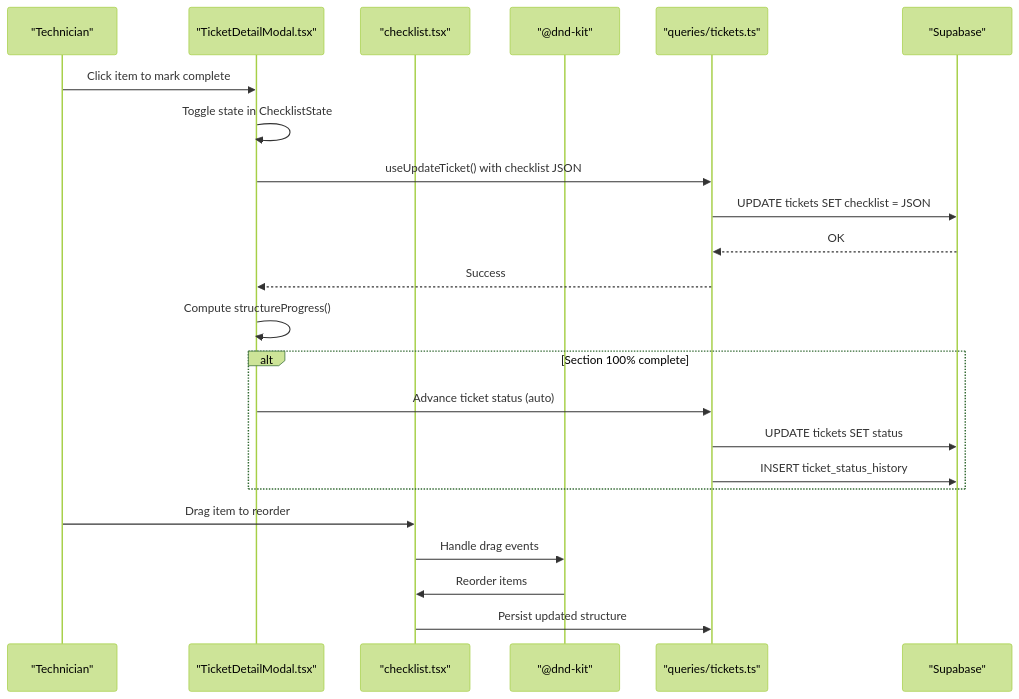
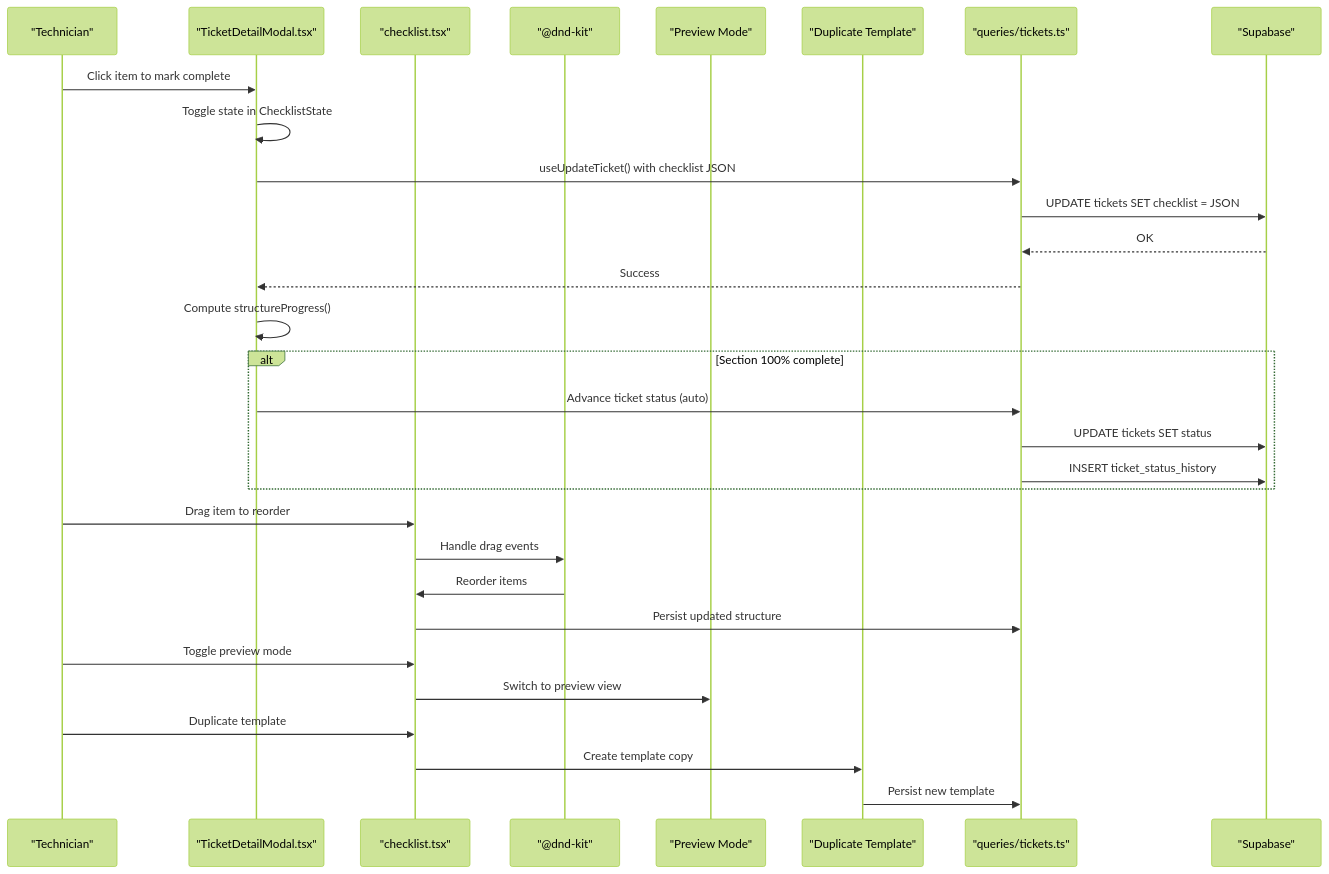
One commit to gastaldellomarco/pcReady changed the second of 10 diagrams in .qoder/repowiki/en/content/Ticket Management System/Checklist System.md. Above: the diagram before and after it, drawn with Mermaid (forest theme). The commit also changed other lines of this file and 12 other files, not shown here.

````diff
--- a/.qoder/repowiki/en/content/Ticket Management System/Checklist System.md
+++ b/.qoder/repowiki/en/content/Ticket Management System/Checklist System.md
@@ -129,25 +139,32 @@
 ```mermaid
 sequenceDiagram
 participant Tech as "Technician"
 participant UI as "TicketDetailModal.tsx"
 participant Editor as "checklist.tsx"
 participant DnD as "@dnd-kit"
+participant Preview as "Preview Mode"
+participant Duplicate as "Duplicate Template"
 participant Q as "queries/tickets.ts"
 participant DB as "Supabase"
 Tech->>UI : Click item to mark complete
 UI->>UI : Toggle state in ChecklistState
 UI->>Q : useUpdateTicket() with checklist JSON
 Q->>DB : UPDATE tickets SET checklist = JSON
 DB-->>Q : OK
 Q-->>UI : Success
 UI->>UI : Compute structureProgress()
 alt Section 100% complete
 UI->>Q : Advance ticket status (auto)
 Q->>DB : UPDATE tickets SET status
 Q->>DB : INSERT ticket_status_history
 end
 Tech->>Editor : Drag item to reorder
 Editor->>DnD : Handle drag events
 DnD->>Editor : Reorder items
 Editor->>Q : Persist updated structure
+Tech->>Editor : Toggle preview mode
+Editor->>Preview : Switch to preview view
+Tech->>Editor : Duplicate template
+Editor->>Duplicate : Create template copy
+Duplicate->>Q : Persist new template
 ```
````
